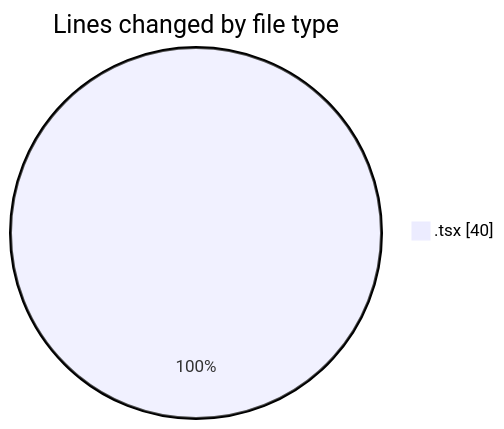
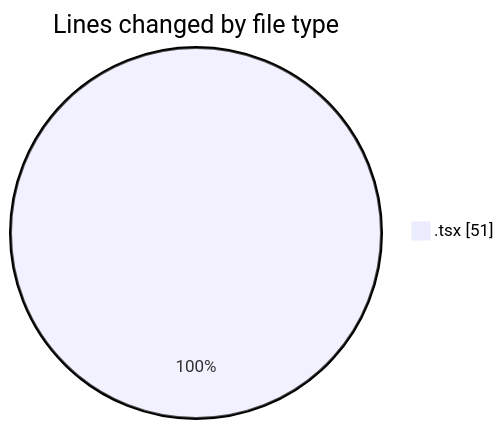
One commit to momahboobian/code-tracking changed the first of 2 diagrams in 2025-09-16/cda/README.md. Above: the diagram before and after it, drawn with Mermaid. The commit also changed other lines of this file and 1 other file, not shown here.

````diff
--- a/2025-09-16/cda/README.md
+++ b/2025-09-16/cda/README.md
@@ -21,5 +21,5 @@
 ```mermaid
 pie showData
 title Lines changed by file type
-".tsx" : 40
+".tsx" : 51
 ```
````
